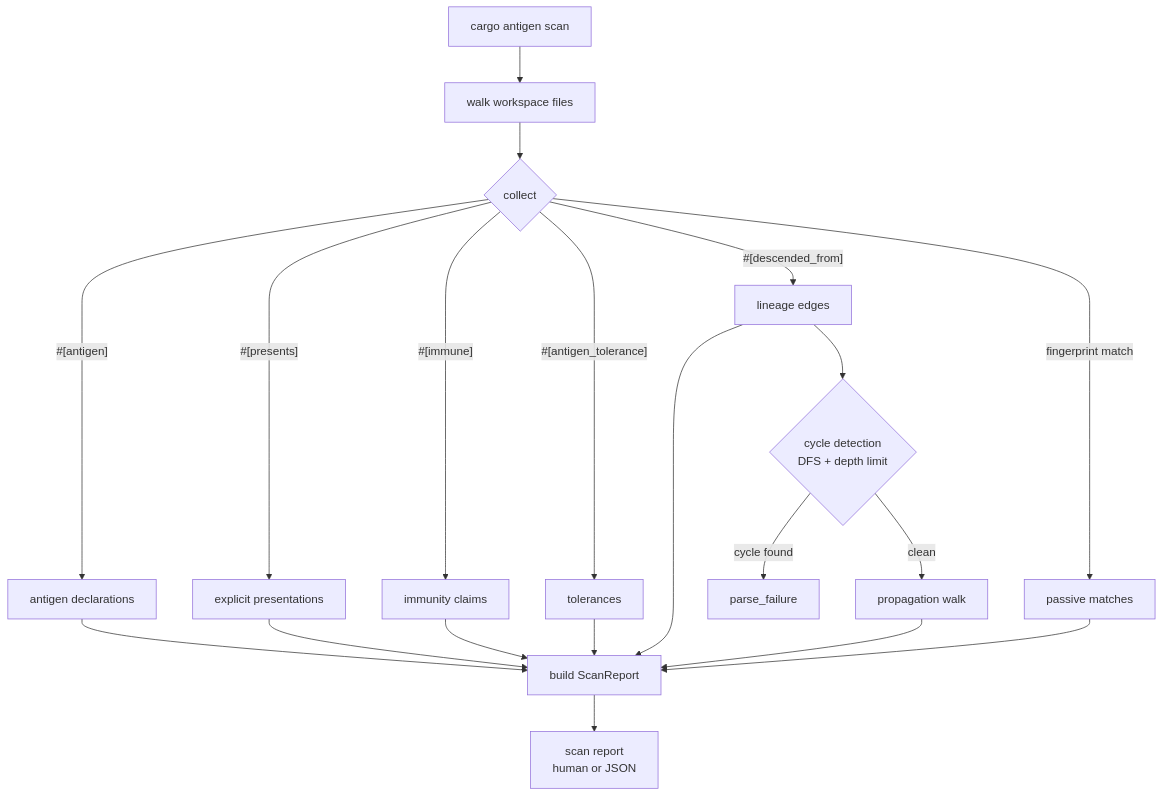
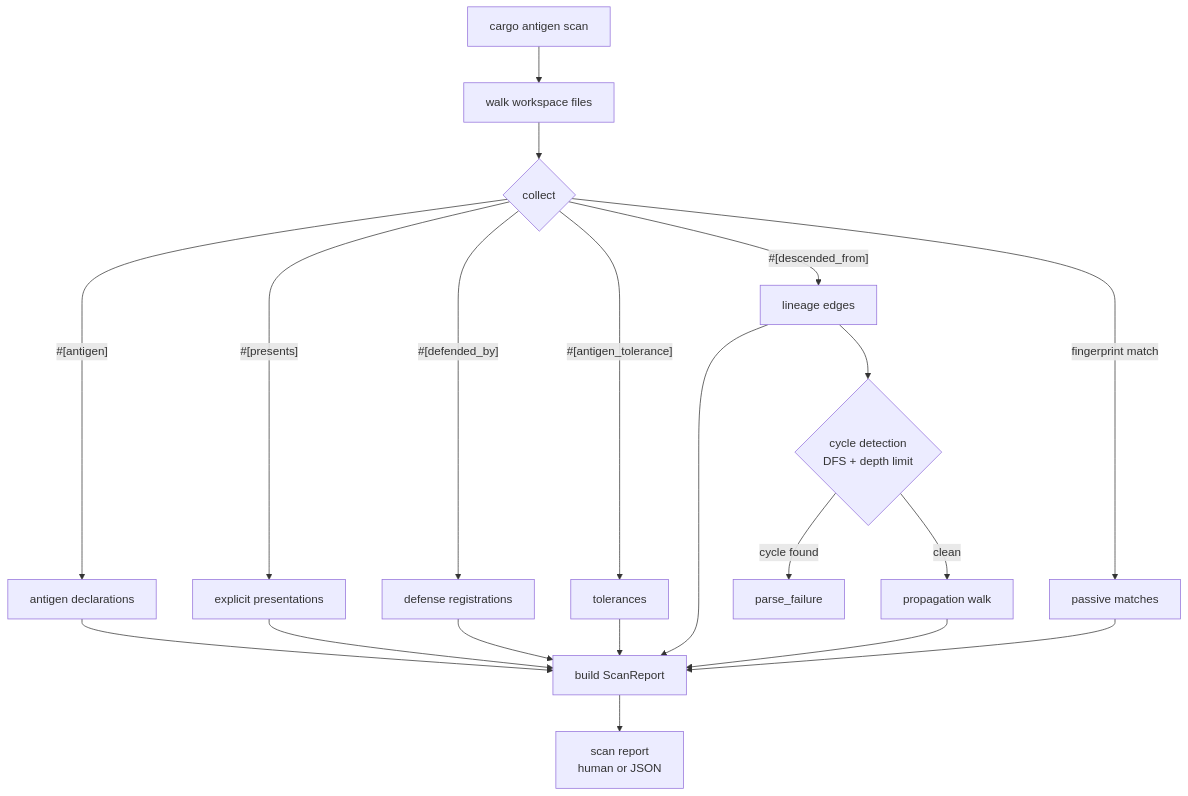
One commit to antigen-rs/antigen changed the second of 9 diagrams in docs/diagrams.md. Above: the diagram before and after it, drawn with Mermaid. The commit also changed other lines of this file and 99 other files, not shown here.

````diff
--- a/docs/diagrams.md
+++ b/docs/diagrams.md
@@ -30,25 +30,25 @@
 ```mermaid
 graph TD
     Start[cargo antigen scan] --> Walk[walk workspace files]
     Walk --> Collect{collect}
     Collect -->|"#[antigen]"| Decls[antigen declarations]
     Collect -->|"#[presents]"| Pres[explicit presentations]
-    Collect -->|"#[immune]"| Imm[immunity claims]
+    Collect -->|"#[defended_by]"| Imm[defense registrations]
     Collect -->|"#[antigen_tolerance]"| Tol[tolerances]
     Collect -->|"#[descended_from]"| Lin[lineage edges]
     Collect -->|fingerprint match| FP[passive matches]
 
     Decls --> Build[build ScanReport]
     Pres --> Build
     Imm --> Build
     Tol --> Build
     Lin --> Build
     FP --> Build
 
     Lin --> Cycle{cycle detection<br/>DFS + depth limit}
     Cycle -->|cycle found| Err[parse_failure]
     Cycle -->|clean| Prop[propagation walk]
     Prop --> Build
 
     Build --> Out[scan report<br/>human or JSON]
 ```
````
